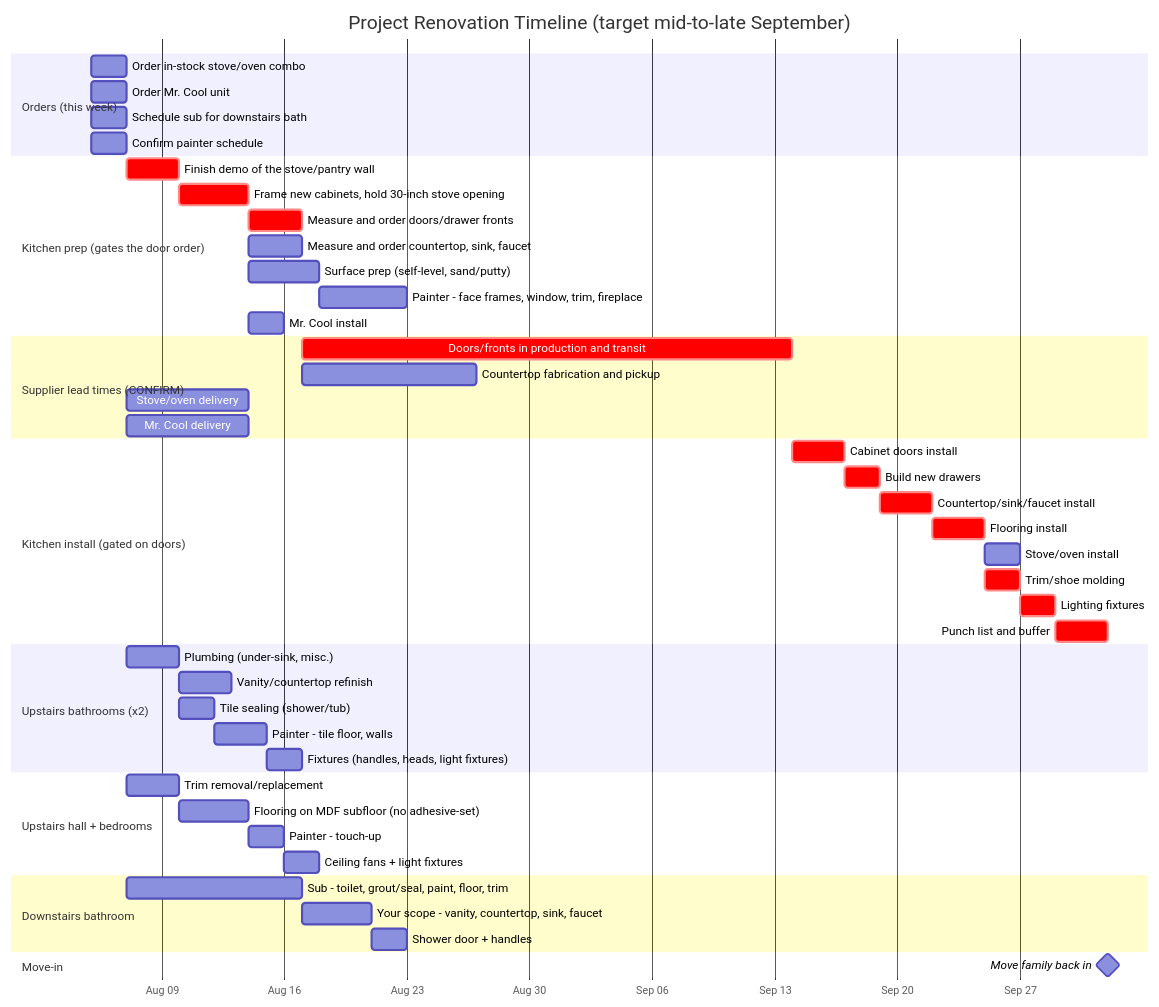
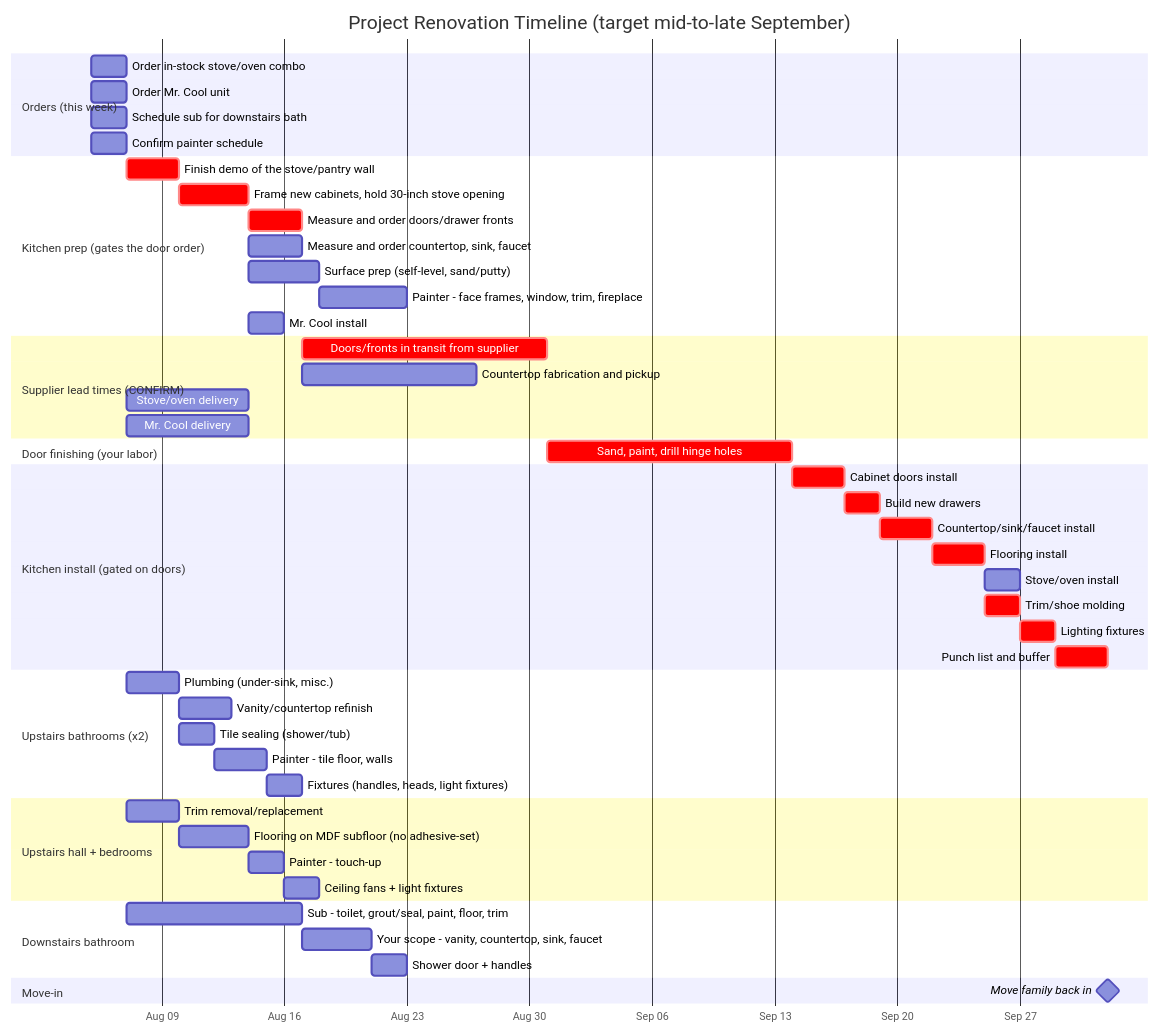
One commit to michael-r-kimbrell/project-cabinet-platform changed the diagram in docs/renovation/move-in-timeline.md. Above: the diagram before and after it, drawn with Mermaid. The commit also changed other lines of this file and 3 other files, not shown here.

````diff
--- a/docs/renovation/move-in-timeline.md
+++ b/docs/renovation/move-in-timeline.md
@@ -14,59 +15,62 @@
 ```mermaid
 gantt
     title Project Renovation Timeline (target mid-to-late September)
     dateFormat  YYYY-MM-DD
     axisFormat  %b %d
     todayMarker on
 
     section Orders (this week)
     Order in-stock stove/oven combo                 :order2, 2026-08-05, 2d
     Order Mr. Cool unit                             :order3, 2026-08-05, 2d
     Schedule sub for downstairs bath                :order5, 2026-08-05, 2d
     Confirm painter schedule                        :order6, 2026-08-05, 2d
 
     section Kitchen prep (gates the door order)
     Finish demo of the stove/pantry wall            :crit, k1, after order5, 3d
     Frame new cabinets, hold 30-inch stove opening  :crit, k2, after k1, 4d
     Measure and order doors/drawer fronts           :crit, order1, after k2, 3d
     Measure and order countertop, sink, faucet      :order4, after k2, 3d
     Surface prep (self-level, sand/putty)           :k3, after k2, 4d
     Painter - face frames, window, trim, fireplace  :k4, after k3, 5d
     Mr. Cool install                                :k11, after k2 lead3, 2d
 
     section Supplier lead times (CONFIRM)
-    Doors/fronts in production and transit          :crit, lead1, after order1, 28d
+    Doors/fronts in transit from supplier           :crit, lead1, after order1, 14d
     Countertop fabrication and pickup               :lead4, after order4, 10d
     Stove/oven delivery                             :lead2, after order2, 7d
     Mr. Cool delivery                               :lead3, after order3, 7d
 
+    section Door finishing (your labor)
+    Sand, paint, drill hinge holes                  :crit, k4b, after lead1, 14d
+
     section Kitchen install (gated on doors)
-    Cabinet doors install                           :crit, k5, after lead1 k4, 3d
+    Cabinet doors install                           :crit, k5, after k4b k4, 3d
     Build new drawers                               :crit, k6, after k5, 2d
     Countertop/sink/faucet install                  :crit, k7, after k6 lead4, 3d
     Flooring install                                :crit, k9, after k7, 3d
     Stove/oven install                              :k8, after k9 lead2, 2d
     Trim/shoe molding                               :crit, k10, after k9, 2d
     Lighting fixtures                               :crit, k12, after k10 k4, 2d
     Punch list and buffer                           :crit, k13, after k12 k8, 3d
 
     section Upstairs bathrooms (x2)
     Plumbing (under-sink, misc.)                    :u1, after order5, 3d
     Vanity/countertop refinish                      :u2, after u1, 3d
     Tile sealing (shower/tub)                       :u3, after u1, 2d
     Painter - tile floor, walls                     :u4, after u3, 3d
     Fixtures (handles, heads, light fixtures)       :u5, after u4 u2, 2d
 
     section Upstairs hall + bedrooms
     Trim removal/replacement                        :h1, after order5, 3d
     Flooring on MDF subfloor (no adhesive-set)      :h2, after h1, 4d
     Painter - touch-up                              :h4, after h2, 2d
     Ceiling fans + light fixtures                   :h3, after h4, 2d
 
     section Downstairs bathroom
     Sub - toilet, grout/seal, paint, floor, trim    :d1, after order5, 10d
     Your scope - vanity, countertop, sink, faucet   :d2, after d1, 4d
     Shower door + handles                           :d3, after d2, 2d
 
     section Move-in
     Move family back in                             :milestone, movein, after k13 u5 h3 d3, 0d
 ```
````
